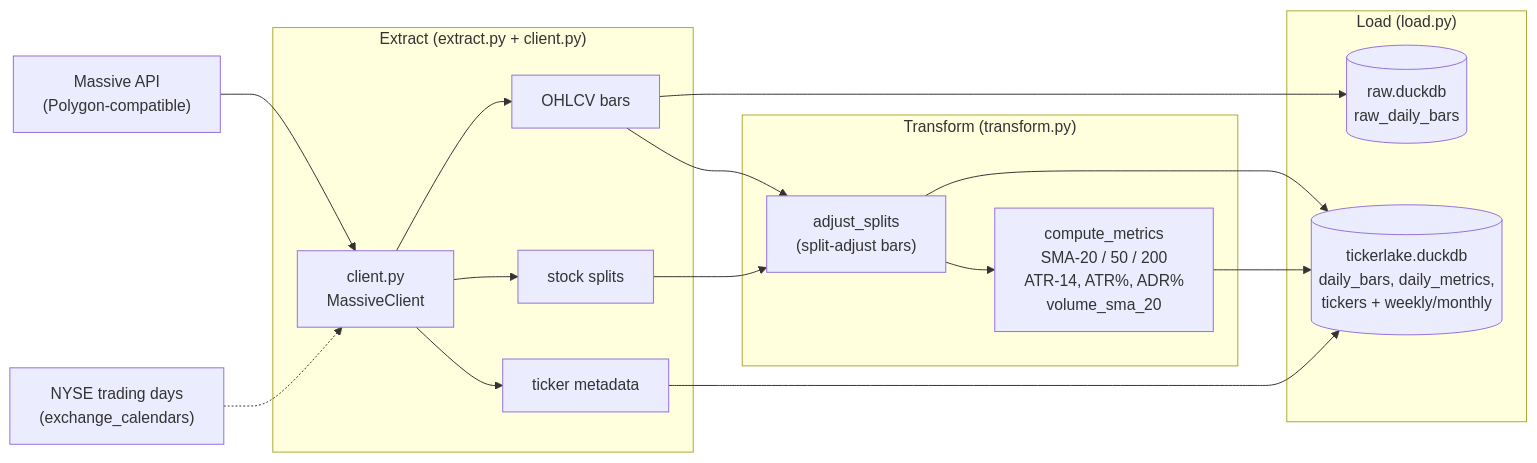
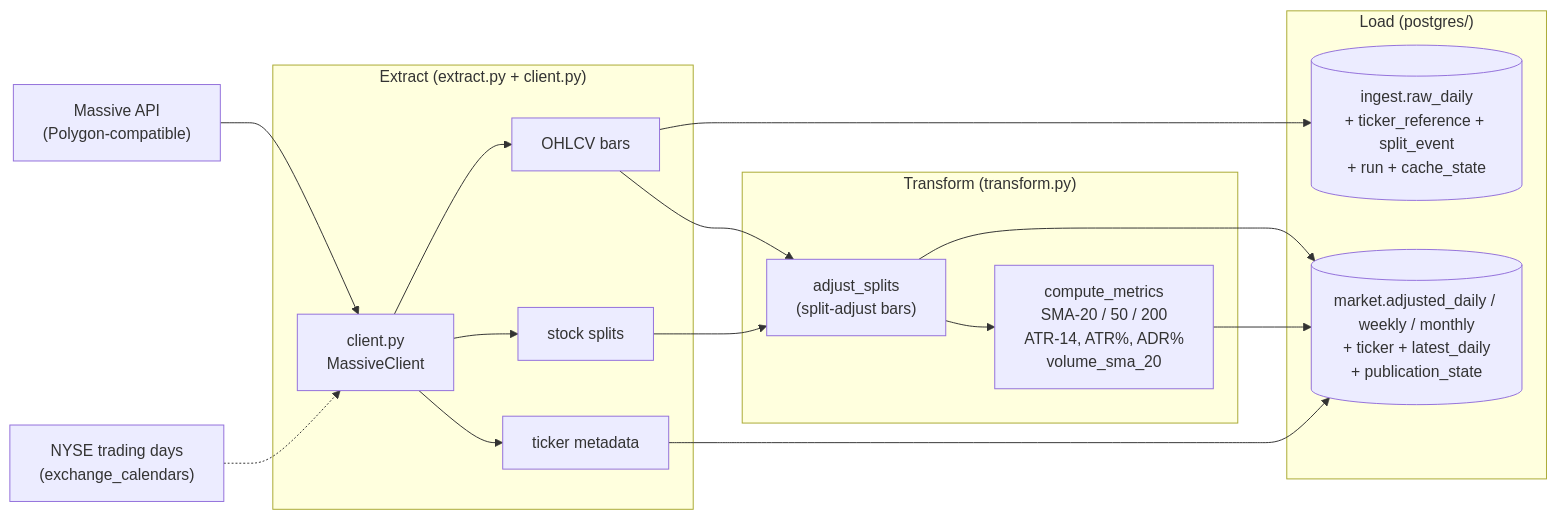
The diagram in README.md (major/tickerlake), drawn with Mermaid before and after one commit. The commit also changed other lines of this file and 3 other files, not shown here.

````diff
--- a/README.md
+++ b/README.md
@@ -7,36 +7,36 @@
 ```mermaid
 flowchart LR
     API["Massive API<br/>(Polygon-compatible)"]
     Calendar["NYSE trading days<br/>(exchange_calendars)"]
 
     subgraph EX["Extract (extract.py + client.py)"]
         Client["client.py<br/>MassiveClient"]
         Bars["OHLCV bars"]
         Splits["stock splits"]
         Tickers["ticker metadata"]
     end
 
     subgraph TR["Transform (transform.py)"]
         Adjust["adjust_splits<br/>(split-adjust bars)"]
         Metrics["compute_metrics<br/>SMA-20 / 50 / 200<br/>ATR-14, ATR%, ADR%<br/>volume_sma_20"]
     end
 
-    subgraph LD["Load (load.py)"]
-        Raw[("raw.duckdb<br/>raw_daily_bars")]
-        Consumer[("tickerlake.duckdb<br/>daily_bars, daily_metrics,<br/>tickers + weekly/monthly")]
+    subgraph LD["Load (postgres/)"]
+        Raw[("ingest.raw_daily<br/>+ ticker_reference + split_event<br/>+ run + cache_state")]
+        Consumer[("market.adjusted_daily / weekly / monthly<br/>+ ticker + latest_daily<br/>+ publication_state")]
     end
 
     API --> Client
     Calendar -.-> Client
     Client --> Bars
     Client --> Splits
     Client --> Tickers
 
     Bars --> Raw
     Bars --> Adjust
     Splits --> Adjust
     Adjust --> Metrics
     Adjust --> Consumer
     Metrics --> Consumer
     Tickers --> Consumer
 ```
````
